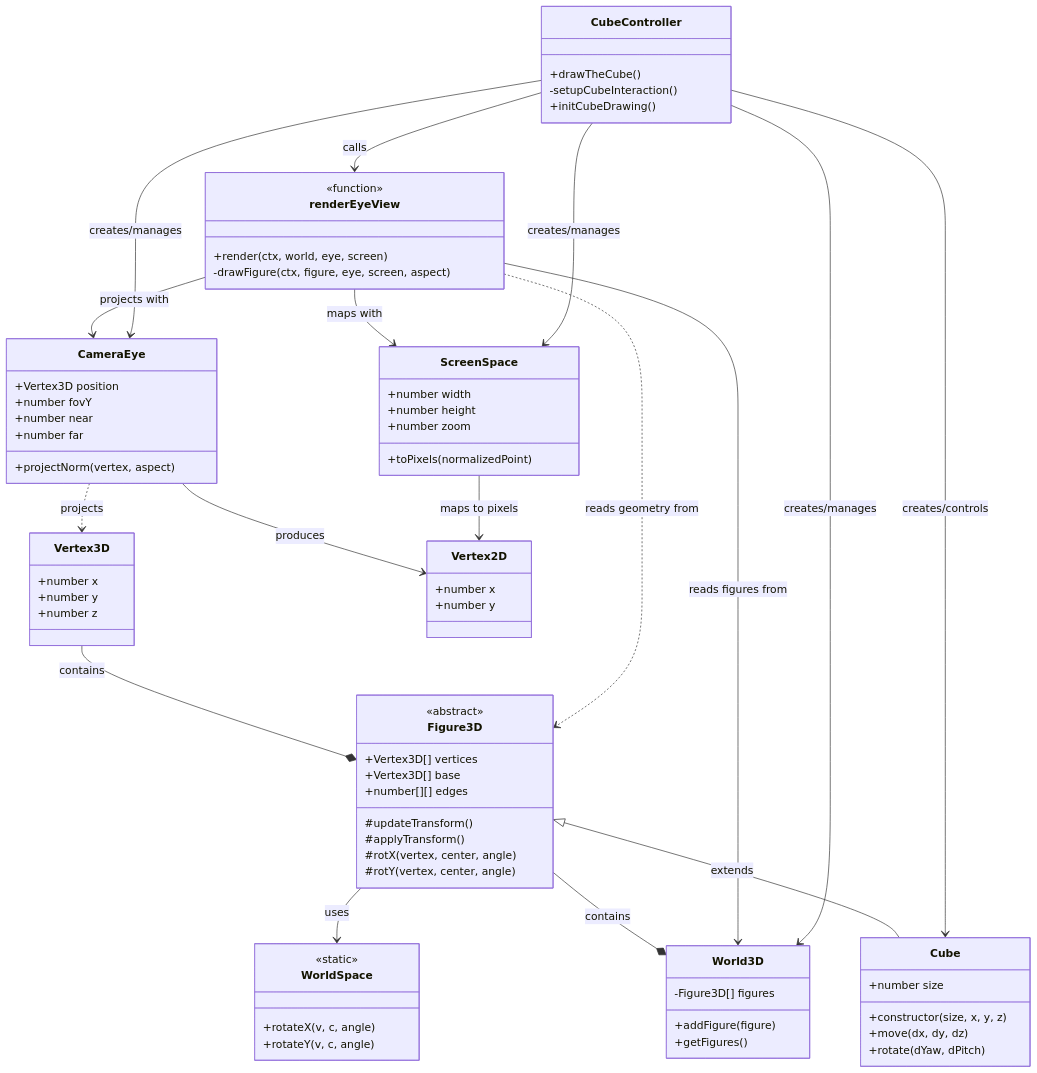
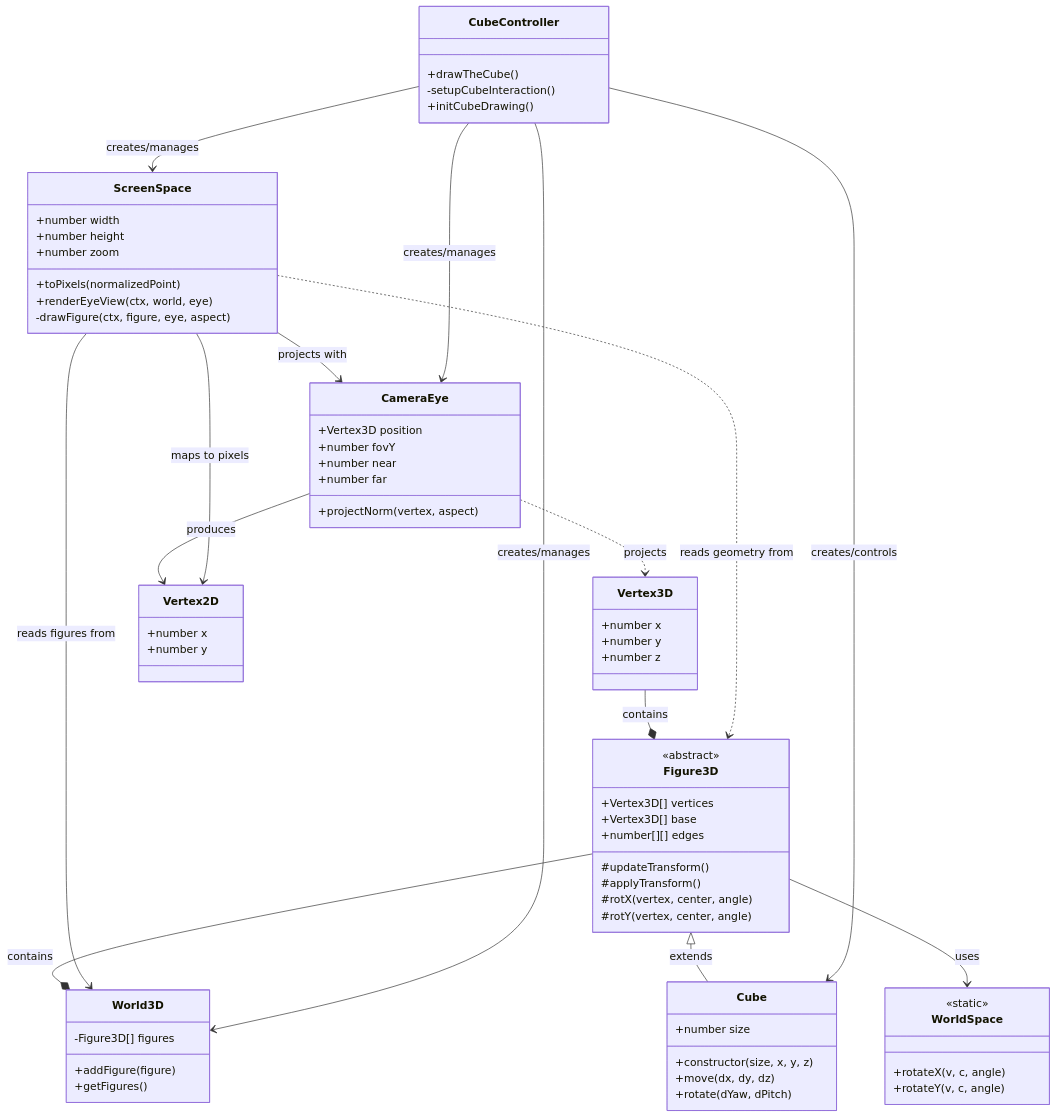
Before and after one commit to starodubtsevconsulting/cube: the diagram in README.md, drawn with Mermaid. The commit also changed other lines of this file and 4 other files, not shown here.

Commit message:
- refactoring: screen space is responsible to render things.

````diff
--- a/README.md
+++ b/README.md
@@ -115,18 +115,14 @@
         +number height
         +number zoom
         +toPixels(normalizedPoint)
+        +renderEyeView(ctx, world, eye)
+        -drawFigure(ctx, figure, eye, aspect)
     }
     
     class World3D {
         -Figure3D[] figures
         +addFigure(figure)
         +getFigures()
-    }
-    
-    class renderEyeView {
-        <<function>>
-        +render(ctx, world, eye, screen)
-        -drawFigure(ctx, figure, eye, screen, aspect)
     }
     
     class CubeController {
@@ -140,10 +136,9 @@
     Figure3D --* World3D: contains
     Figure3D --> WorldSpace: uses
     
-    renderEyeView --> World3D: reads figures from
-    renderEyeView --> CameraEye: projects with
-    renderEyeView --> ScreenSpace: maps with
-    renderEyeView ..> Figure3D: reads geometry from
+    ScreenSpace --> World3D: reads figures from
+    ScreenSpace --> CameraEye: projects with
+    ScreenSpace ..> Figure3D: reads geometry from
     
     CameraEye ..> Vertex3D: projects
     CameraEye --> Vertex2D: produces
@@ -151,7 +146,6 @@
     
     CubeController --> World3D: creates/manages
     CubeController --> Cube: creates/controls
-    CubeController --> renderEyeView: calls
     CubeController --> CameraEye: creates/manages
     CubeController --> ScreenSpace: creates/manages
 ```
````
